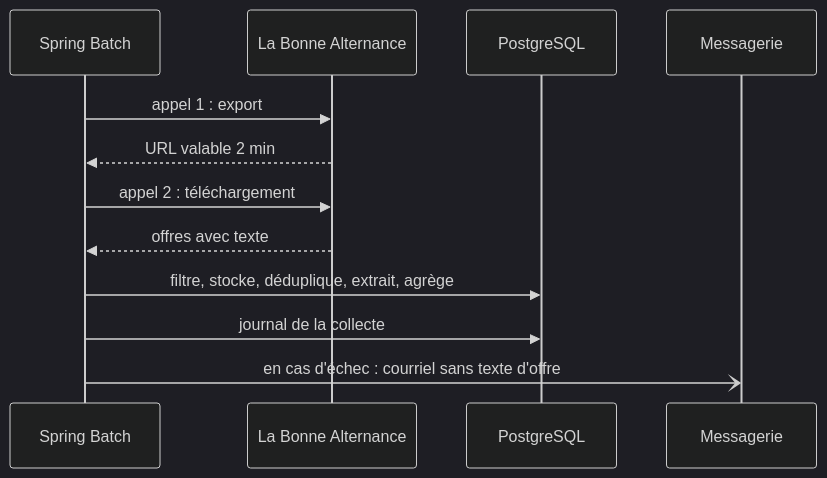
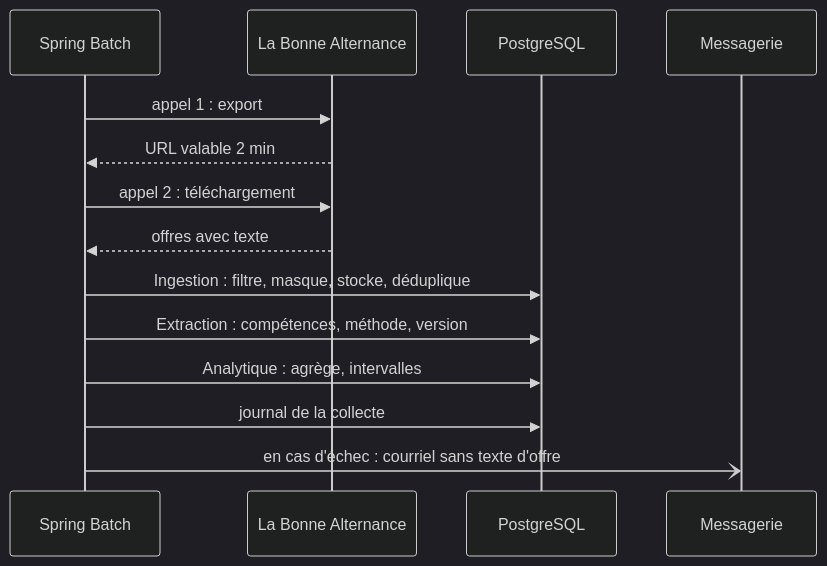
The second of 4 diagrams in docs/architecture/vue-densemble.md (abdellahjebar/SkillPath_), drawn with Mermaid (dark theme) before and after one commit. The commit also changed other lines of this file and 32 other files, not shown here.

````diff
--- a/docs/architecture/vue-densemble.md
+++ b/docs/architecture/vue-densemble.md
@@ -34,14 +37,16 @@
 ```mermaid
 sequenceDiagram
     participant B as Spring Batch
     participant L as La Bonne Alternance
     participant D as PostgreSQL
     participant M as Messagerie
     B->>L: appel 1 : export
     L-->>B: URL valable 2 min
     B->>L: appel 2 : téléchargement
     L-->>B: offres avec texte
-    B->>D: filtre, stocke, déduplique, extrait, agrège
+    B->>D: Ingestion : filtre, masque, stocke, déduplique
+    B->>D: Extraction : compétences, méthode, version
+    B->>D: Analytique : agrège, intervalles
     B->>D: journal de la collecte
     B-)M: en cas d'échec : courriel sans texte d'offre
 ```
````
